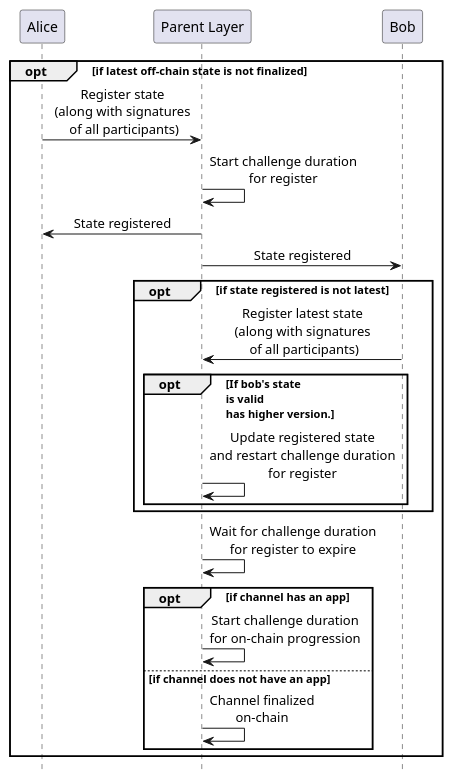
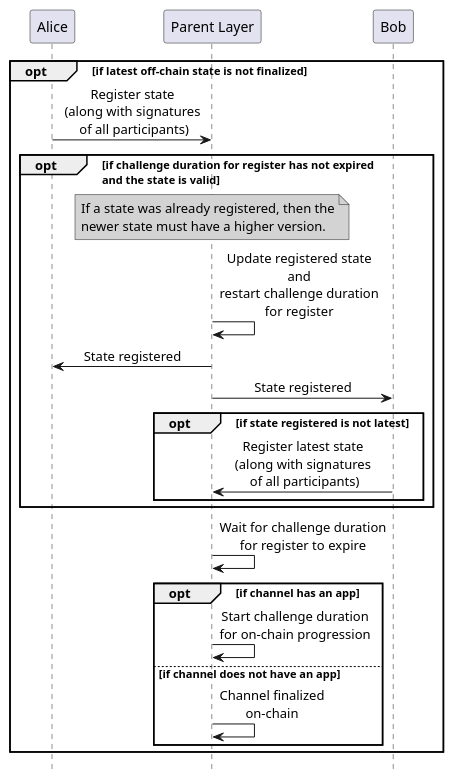
One commit to hyperledger-labs/perun-doc changed the diagram in source/images/concepts/register_generic_register.plantuml. Above: the diagram before and after it, drawn with PlantUML. The commit also changed 3 other files, not shown here.

Commit message:
Revise register & on-chain progression diagrams

```diff
--- a/source/images/concepts/register_generic_register.plantuml
+++ b/source/images/concepts/register_generic_register.plantuml
@@ -4,29 +4,31 @@
 @startuml register_generic_register
 hide footbox
 skinparam SequenceMessageAlign center
 
 participant "Alice" as alice
 participant "Parent Layer" as parentLayer
 participant "Bob" as bob
 
-
 opt if latest off-chain state is not finalized
 alice -> parentLayer: Register state\n(along with signatures\n of all participants)
-parentLayer -> parentLayer: Start challenge duration\nfor register
+opt if challenge duration for register has not expired\nand the state is valid
+note over parentLayer #LightGray
+If a state was already registered, then the
+newer state must have a higher version.
+end note
+parentLayer -> parentLayer:Update registered state\nand\nrestart challenge duration\nfor register
 alice <- parentLayer: State registered
 parentLayer -> bob: State registered
 opt if state registered is not latest
 parentLayer <- bob: Register latest state\n(along with signatures\n of all participants)
-opt If bob's state\nis valid\nhas higher version.
-parentLayer -> parentLayer: Update registered state\nand restart challenge duration\nfor register
 end
 end
 parentLayer -> parentLayer: Wait for challenge duration\nfor register to expire
 opt if channel has an app
 parentLayer -> parentLayer: Start challenge duration\nfor on-chain progression
 else if channel does not have an app
 parentLayer -> parentLayer: Channel finalized\non-chain 
 end
 end
 
 @enduml
```
